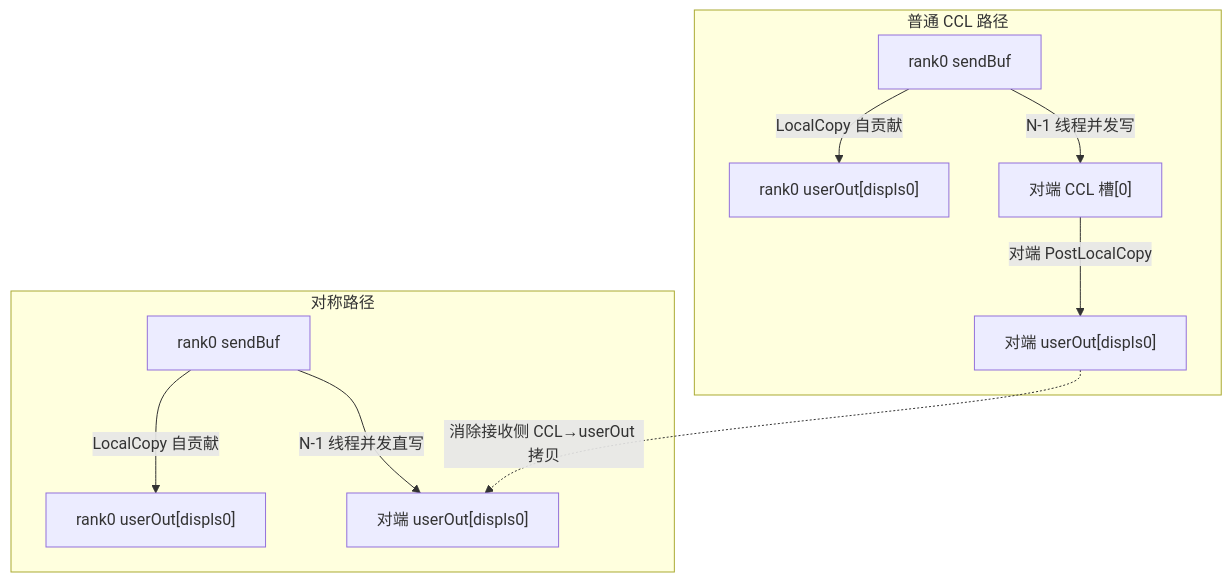
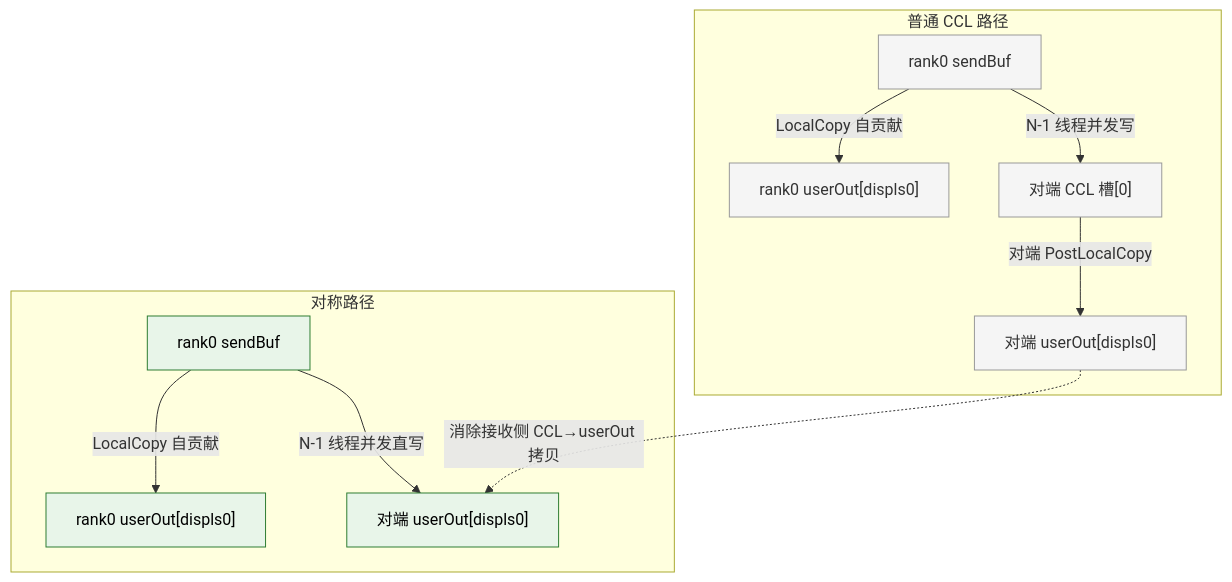
Before and after one commit to cassielee-tech/my-lib: the fifth of 10 diagrams in design/26RP4/支持allgatherV、reduce算子的零拷贝模式/SRS_SD-AllGatherV与Reduce零拷贝.md, drawn with Mermaid. The commit also changed other lines of this file, not shown here.

Commit message:
docs: 零拷贝关键流程图增加改动高亮

````diff
--- a/design/26RP4/支持allgatherV、reduce算子的零拷贝模式/SRS_SD-AllGatherV与Reduce零拷贝.md
+++ b/design/26RP4/支持allgatherV、reduce算子的零拷贝模式/SRS_SD-AllGatherV与Reduce零拷贝.md
@@ -282,13 +300,17 @@
 ```mermaid
 flowchart TD
     subgraph NORMAL["普通 CCL 路径"]
         N0["rank0 sendBuf"] -->|LocalCopy 自贡献| N1["rank0 userOut[displs0]"]
         N0 -->|N-1 线程并发写| N2["对端 CCL 槽[0]"]
         N2 -->|对端 PostLocalCopy| N3["对端 userOut[displs0]"]
     end
     subgraph SYM["对称路径"]
         S0["rank0 sendBuf"] -->|LocalCopy 自贡献| S1["rank0 userOut[displs0]"]
         S0 -->|N-1 线程并发直写| S2["对端 userOut[displs0]"]
     end
     N3 -.->|消除接收侧 CCL→userOut 拷贝| S2
+    classDef existing fill:#f5f5f5,stroke:#999,color:#333;
+    classDef direct fill:#e8f5e9,stroke:#2e7d32,color:#000;
+    class N0,N1,N2,N3 existing;
+    class S0,S1,S2 direct;
 ```
````
